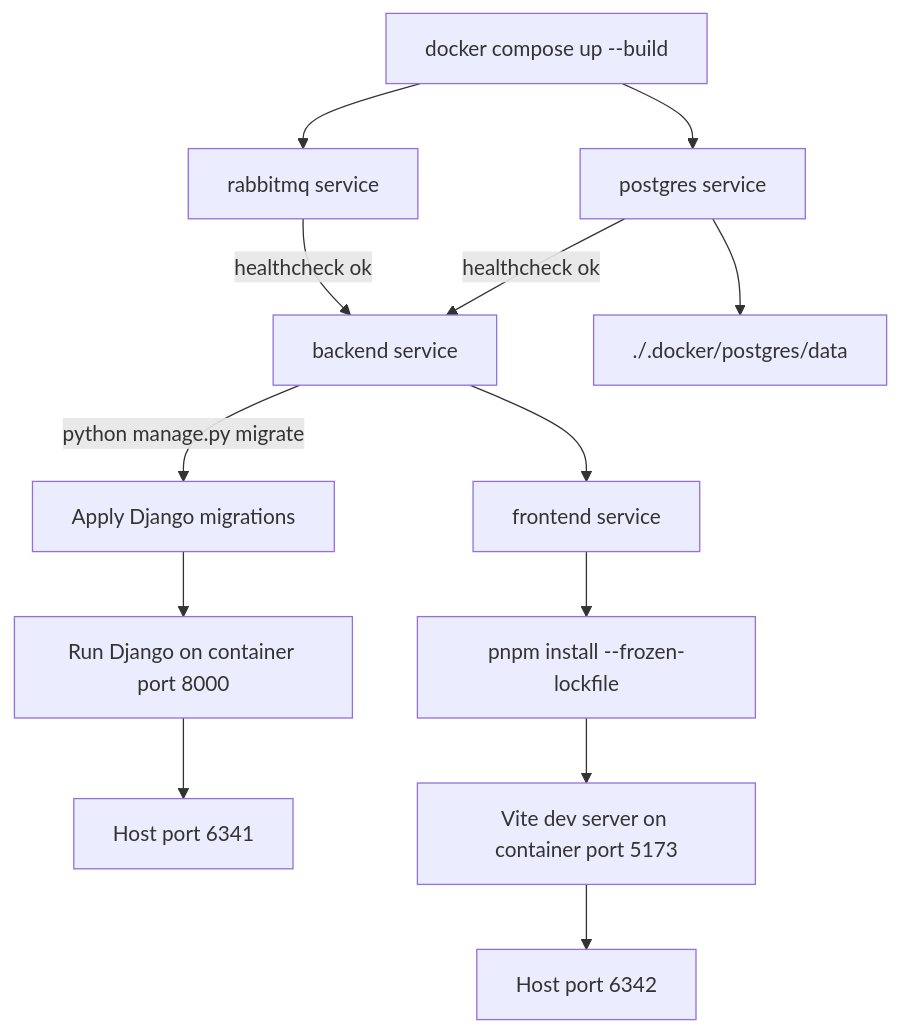
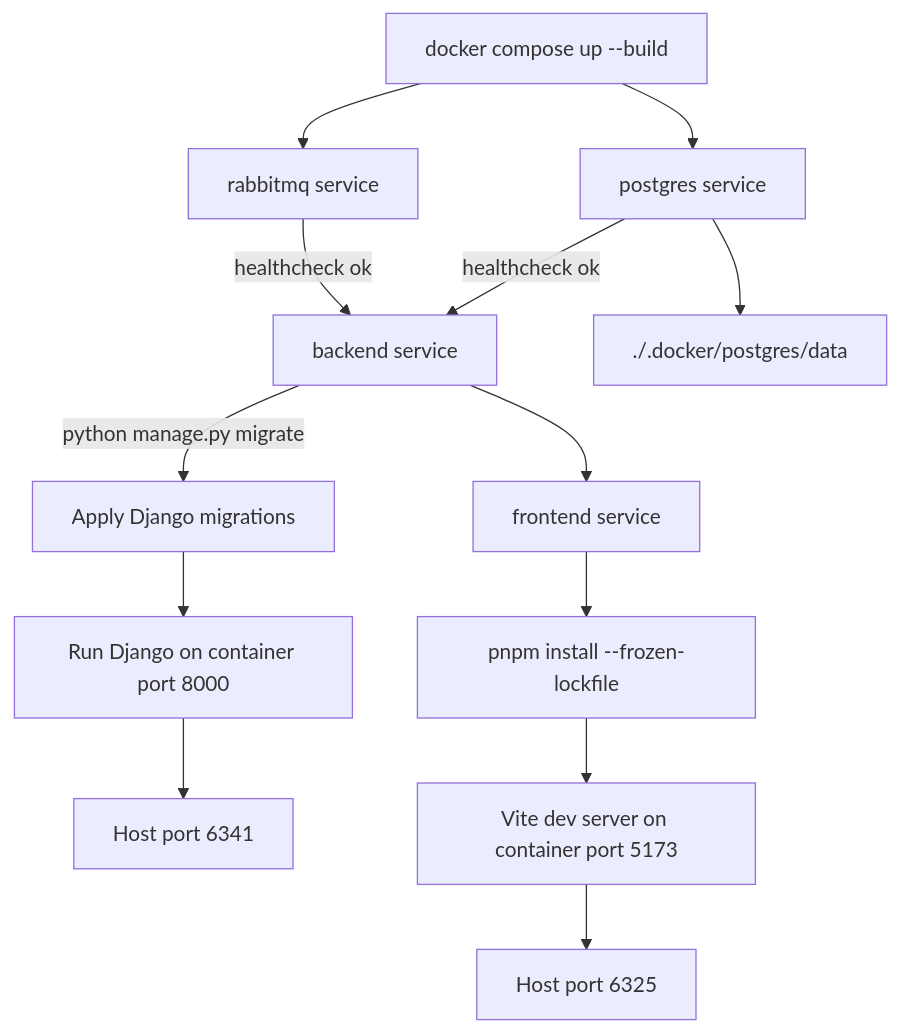
The second of 13 diagrams in docs/mermaid-flows.md (billzi2016/LLM-Benchmark-Studio), drawn with Mermaid before and after one commit. The commit also changed other lines of this file and 22 other files, not shown here.

````diff
--- a/docs/mermaid-flows.md
+++ b/docs/mermaid-flows.md
@@ -32,18 +32,18 @@
 ```mermaid
 flowchart TD
   Start[docker compose up --build] --> PG[postgres service]
   Start --> MQ[rabbitmq service]
 
   PG -->|healthcheck ok| Backend[backend service]
   MQ -->|healthcheck ok| Backend
   Backend -->|python manage.py migrate| Migrate[Apply Django migrations]
   Migrate --> Runserver[Run Django on container port 8000]
   Runserver --> HostAPI[Host port 6341]
 
   Backend --> Frontend[frontend service]
   Frontend --> Pnpm[pnpm install --frozen-lockfile]
   Pnpm --> Vite[Vite dev server on container port 5173]
-  Vite --> HostUI[Host port 6342]
+  Vite --> HostUI[Host port 6325]
 
   PG --> PGData[./.docker/postgres/data]
 ```
````
